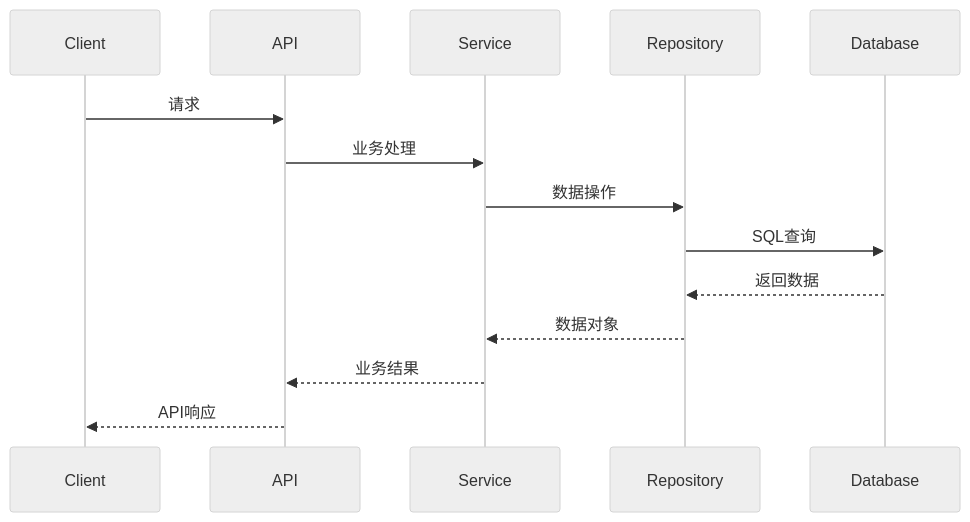
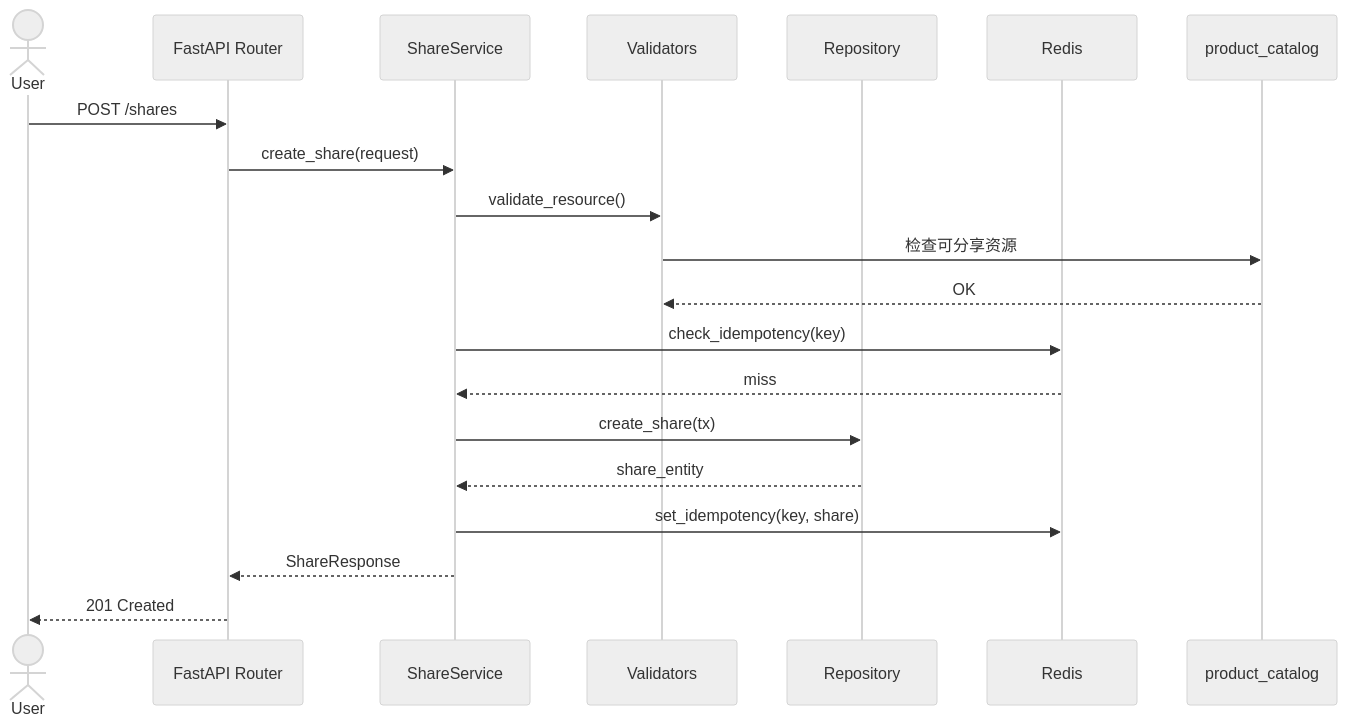
Before and after one commit to HaoranTong/ecommerce_platform: the third of 5 diagrams in docs/design/modules/social-features/design.md, drawn with Mermaid (neutral theme). The commit also changed other lines of this file and 6 other files, not shown here.

````diff
--- a/docs/design/modules/social-features/design.md
+++ b/docs/design/modules/social-features/design.md
@@ -115,17 +148,22 @@
 ```mermaid
 sequenceDiagram
-    participant C as Client
-    participant A as API
-    participant S as Service
-    participant R as Repository
-    participant D as Database
-    
-    C->>A: 请求
-    A->>S: 业务处理
-    S->>R: 数据操作
-    R->>D: SQL查询
-    D-->>R: 返回数据
-    R-->>S: 数据对象
-    S-->>A: 业务结果
-    A-->>C: API响应
+        actor U as User
+        participant API as FastAPI Router
+        participant SVC as ShareService
+        participant VAL as Validators
+        participant REPO as Repository
+        participant REDIS as Redis
+
+        U->>API: POST /shares
+        API->>SVC: create_share(request)
+        SVC->>VAL: validate_resource()
+        VAL->>product_catalog: 检查可分享资源
+        product_catalog-->>VAL: OK
+        SVC->>REDIS: check_idempotency(key)
+        REDIS-->>SVC: miss
+        SVC->>REPO: create_share(tx)
+        REPO-->>SVC: share_entity
+        SVC->>REDIS: set_idempotency(key, share)
+        SVC-->>API: ShareResponse
+        API-->>U: 201 Created
 ```
````
